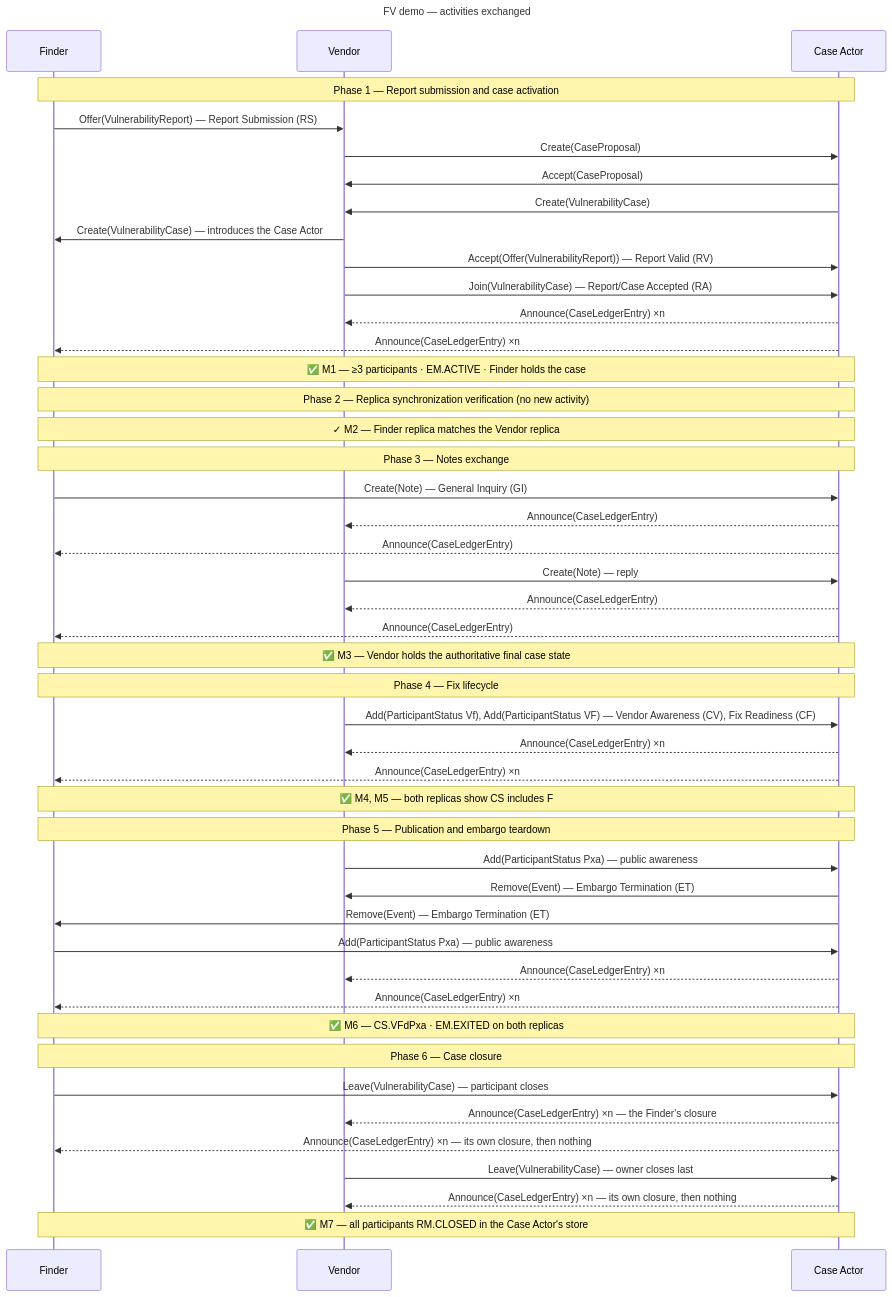
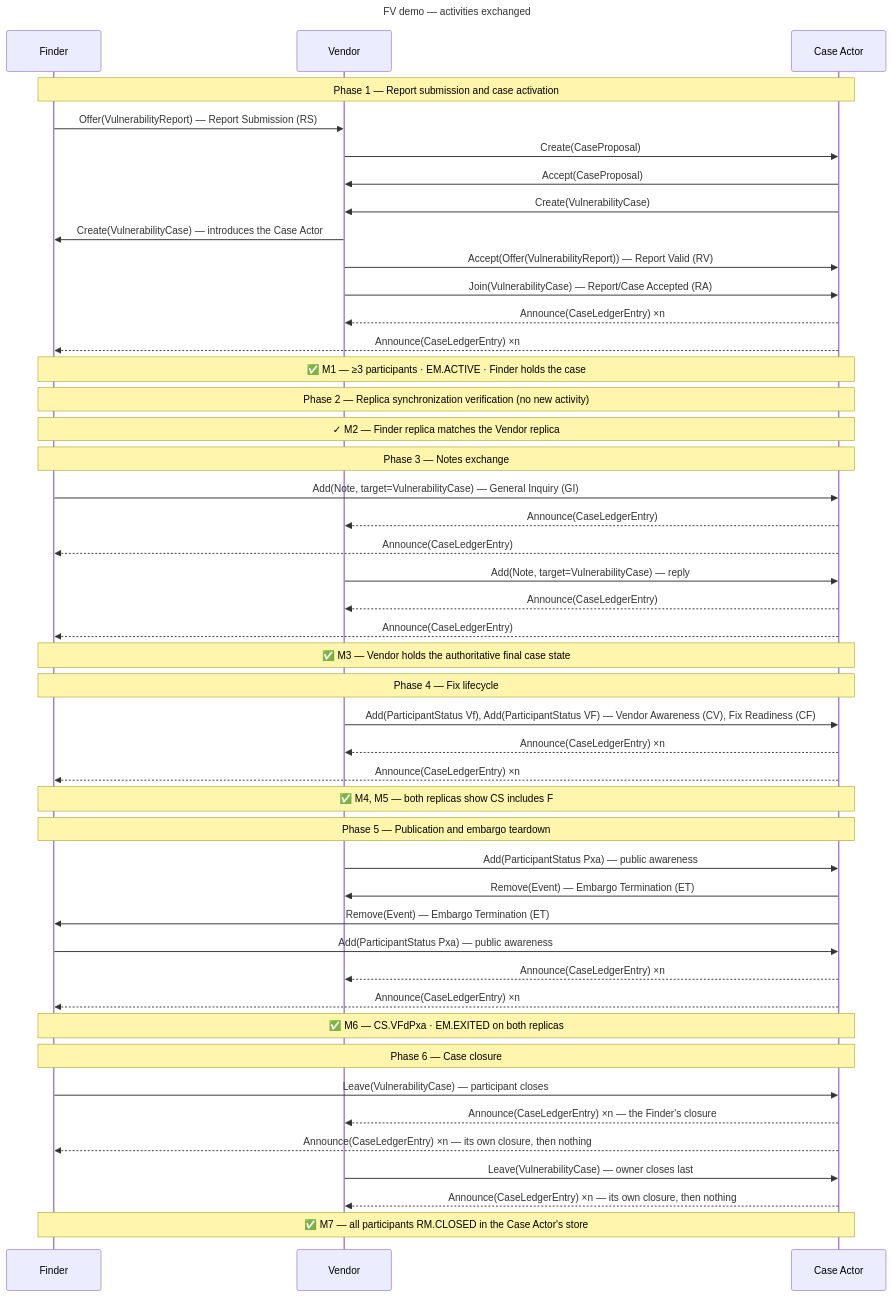
One commit to CERTCC/Vultron changed the diagram in docs/reference/fv-demo-protocol.md. Above: the diagram before and after it, drawn with Mermaid. The commit also changed other lines of this file and 62 other files, not shown here.

````diff
--- a/docs/reference/fv-demo-protocol.md
+++ b/docs/reference/fv-demo-protocol.md
@@ -49,56 +49,56 @@
 ```mermaid
 ---
 title: FV demo — activities exchanged
 ---
 sequenceDiagram
     participant F as Finder
     participant V as Vendor
     participant CA as Case Actor
 
     note over F,CA: Phase 1 — Report submission and case activation
     F->>V: Offer(VulnerabilityReport) — Report Submission (RS)
     V->>CA: Create(CaseProposal)
     CA->>V: Accept(CaseProposal)
     CA->>V: Create(VulnerabilityCase)
     V->>F: Create(VulnerabilityCase) — introduces the Case Actor
     V->>CA: Accept(Offer(VulnerabilityReport)) — Report Valid (RV)
     V->>CA: Join(VulnerabilityCase) — Report/Case Accepted (RA)
     CA-->>V: Announce(CaseLedgerEntry) ×n
     CA-->>F: Announce(CaseLedgerEntry) ×n
     note over F,CA: ✅ M1 — ≥3 participants · EM.ACTIVE · Finder holds the case
 
     note over F,CA: Phase 2 — Replica synchronization verification (no new activity)
     note over F,CA: ✓ M2 — Finder replica matches the Vendor replica
 
     note over F,CA: Phase 3 — Notes exchange
-    F->>CA: Create(Note) — General Inquiry (GI)
+    F->>CA: Add(Note, target=VulnerabilityCase) — General Inquiry (GI)
     CA-->>V: Announce(CaseLedgerEntry)
     CA-->>F: Announce(CaseLedgerEntry)
-    V->>CA: Create(Note) — reply
+    V->>CA: Add(Note, target=VulnerabilityCase) — reply
     CA-->>V: Announce(CaseLedgerEntry)
     CA-->>F: Announce(CaseLedgerEntry)
     note over F,CA: ✅ M3 — Vendor holds the authoritative final case state
 
     note over F,CA: Phase 4 — Fix lifecycle
     V->>CA: Add(ParticipantStatus Vf), Add(ParticipantStatus VF) — Vendor Awareness (CV), Fix Readiness (CF)
     CA-->>V: Announce(CaseLedgerEntry) ×n
     CA-->>F: Announce(CaseLedgerEntry) ×n
     note over F,CA: ✅ M4, M5 — both replicas show CS includes F
 
     note over F,CA: Phase 5 — Publication and embargo teardown
     V->>CA: Add(ParticipantStatus Pxa) — public awareness
     CA->>V: Remove(Event) — Embargo Termination (ET)
     CA->>F: Remove(Event) — Embargo Termination (ET)
     F->>CA: Add(ParticipantStatus Pxa) — public awareness
     CA-->>V: Announce(CaseLedgerEntry) ×n
     CA-->>F: Announce(CaseLedgerEntry) ×n
     note over F,CA: ✅ M6 — CS.VFdPxa · EM.EXITED on both replicas
 
     note over F,CA: Phase 6 — Case closure
     F->>CA: Leave(VulnerabilityCase) — participant closes
     CA-->>V: Announce(CaseLedgerEntry) ×n — the Finder's closure
     CA-->>F: Announce(CaseLedgerEntry) ×n — its own closure, then nothing
     V->>CA: Leave(VulnerabilityCase) — owner closes last
     CA-->>V: Announce(CaseLedgerEntry) ×n — its own closure, then nothing
     note over F,CA: ✅ M7 — all participants RM.CLOSED in the Case Actor's store
 ```
````
